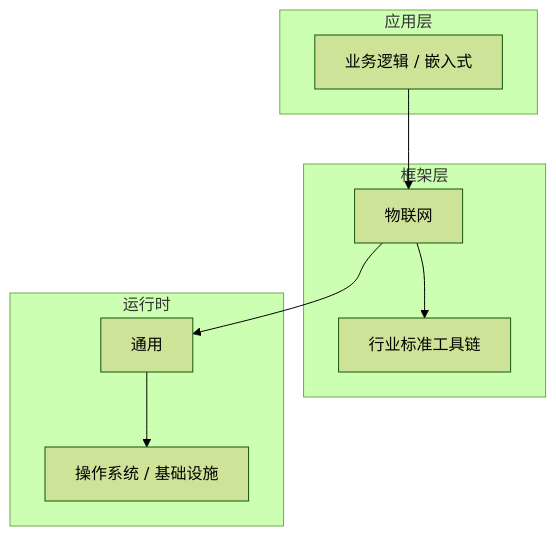
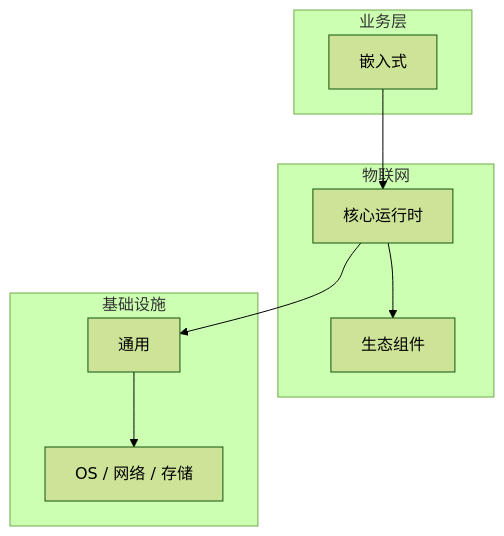
The diagram in articles/物联网/chapters/011-嵌入式核心概念与原理.md (yanggan2015/knowledge-json-v2), drawn with Mermaid (forest theme) before and after one commit. The commit also changed other lines of this file and 10127 other files, not shown here.

````diff
--- a/articles/物联网/chapters/011-嵌入式核心概念与原理.md
+++ b/articles/物联网/chapters/011-嵌入式核心概念与原理.md
@@ -45,18 +30,18 @@
 ```mermaid
 graph TB
-    subgraph 应用层
-        A[业务逻辑 / 嵌入式]
+    subgraph 业务层
+        A[嵌入式]
     end
-    subgraph 框架层
-        B[物联网]
-        C[行业标准工具链]
+    subgraph 物联网
+        B[核心运行时]
+        C[生态组件]
     end
-    subgraph 运行时
+    subgraph 基础设施
         D[通用]
-        E[操作系统 / 基础设施]
+        E[OS / 网络 / 存储]
     end
     A --> B
     B --> C
     B --> D
     D --> E
 ```
````
